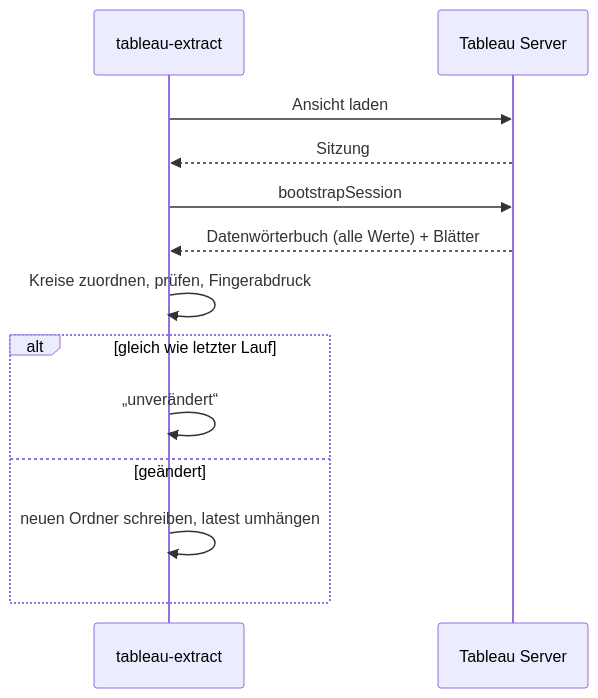
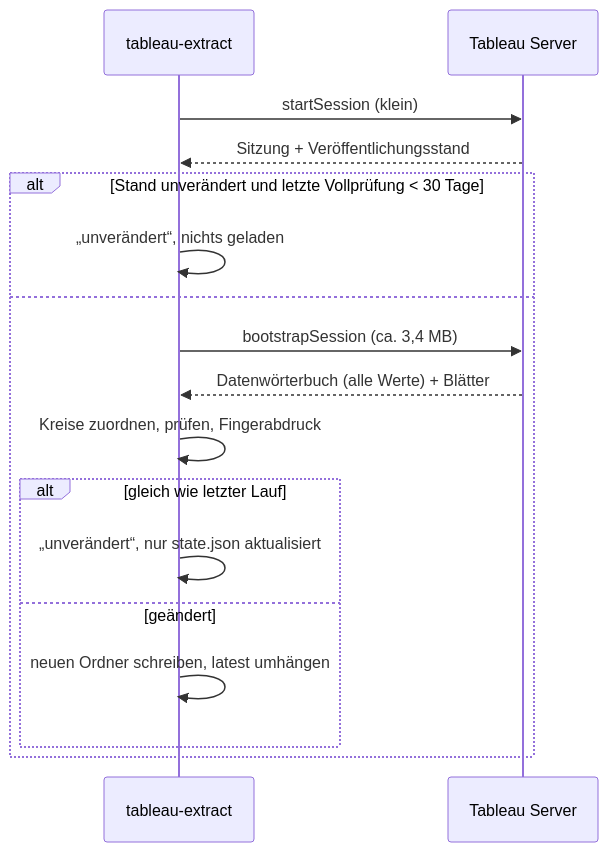
The second of 2 diagrams in README.md (trosinde/tableau-extract), drawn with Mermaid before and after one commit. The commit also changed other lines of this file and 4 other files, not shown here.

````diff
--- a/README.md
+++ b/README.md
@@ -200,15 +215,19 @@
 ```mermaid
 sequenceDiagram
     participant TE as tableau-extract
     participant T as Tableau Server
-    TE->>T: Ansicht laden
-    T-->>TE: Sitzung
-    TE->>T: bootstrapSession
-    T-->>TE: Datenwörterbuch (alle Werte) + Blätter
-    TE->>TE: Kreise zuordnen, prüfen, Fingerabdruck
-    alt gleich wie letzter Lauf
-        TE->>TE: „unverändert“
-    else geändert
-        TE->>TE: neuen Ordner schreiben, latest umhängen
+    TE->>T: startSession (klein)
+    T-->>TE: Sitzung + Veröffentlichungsstand
+    alt Stand unverändert und letzte Vollprüfung < 30 Tage
+        TE->>TE: „unverändert“, nichts geladen
+    else
+        TE->>T: bootstrapSession (ca. 3,4 MB)
+        T-->>TE: Datenwörterbuch (alle Werte) + Blätter
+        TE->>TE: Kreise zuordnen, prüfen, Fingerabdruck
+        alt gleich wie letzter Lauf
+            TE->>TE: „unverändert“, nur state.json aktualisiert
+        else geändert
+            TE->>TE: neuen Ordner schreiben, latest umhängen
+        end
     end
 ```
````
